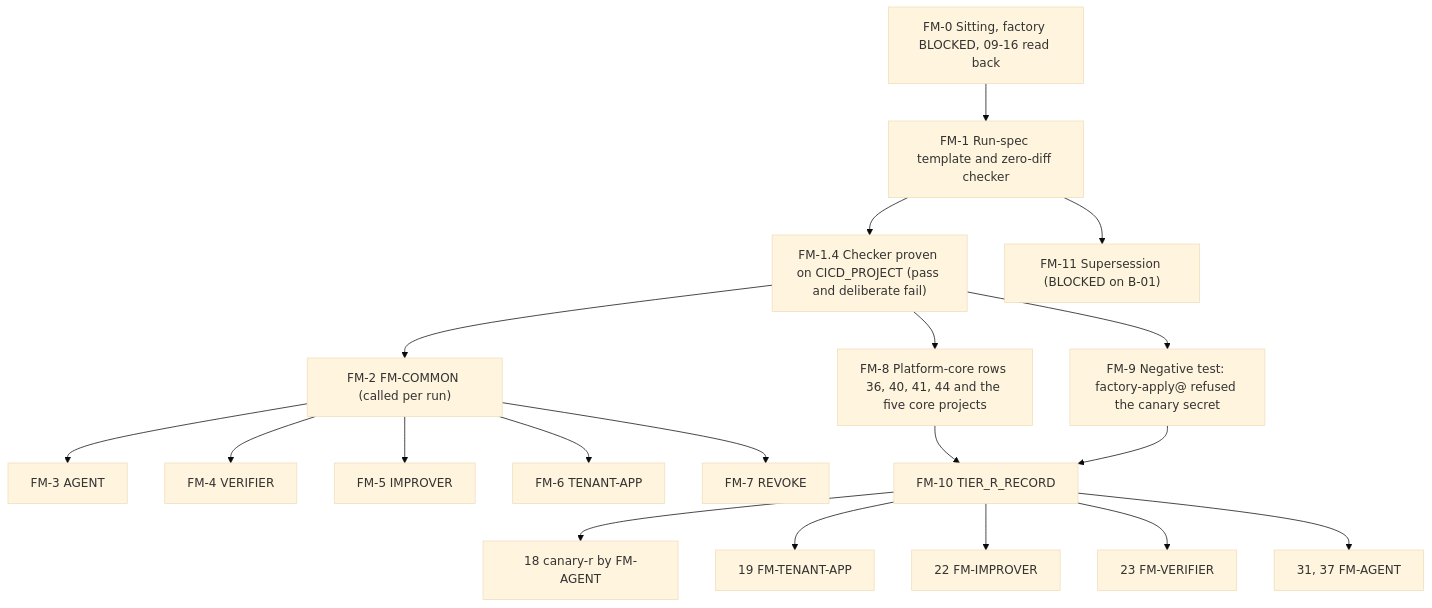
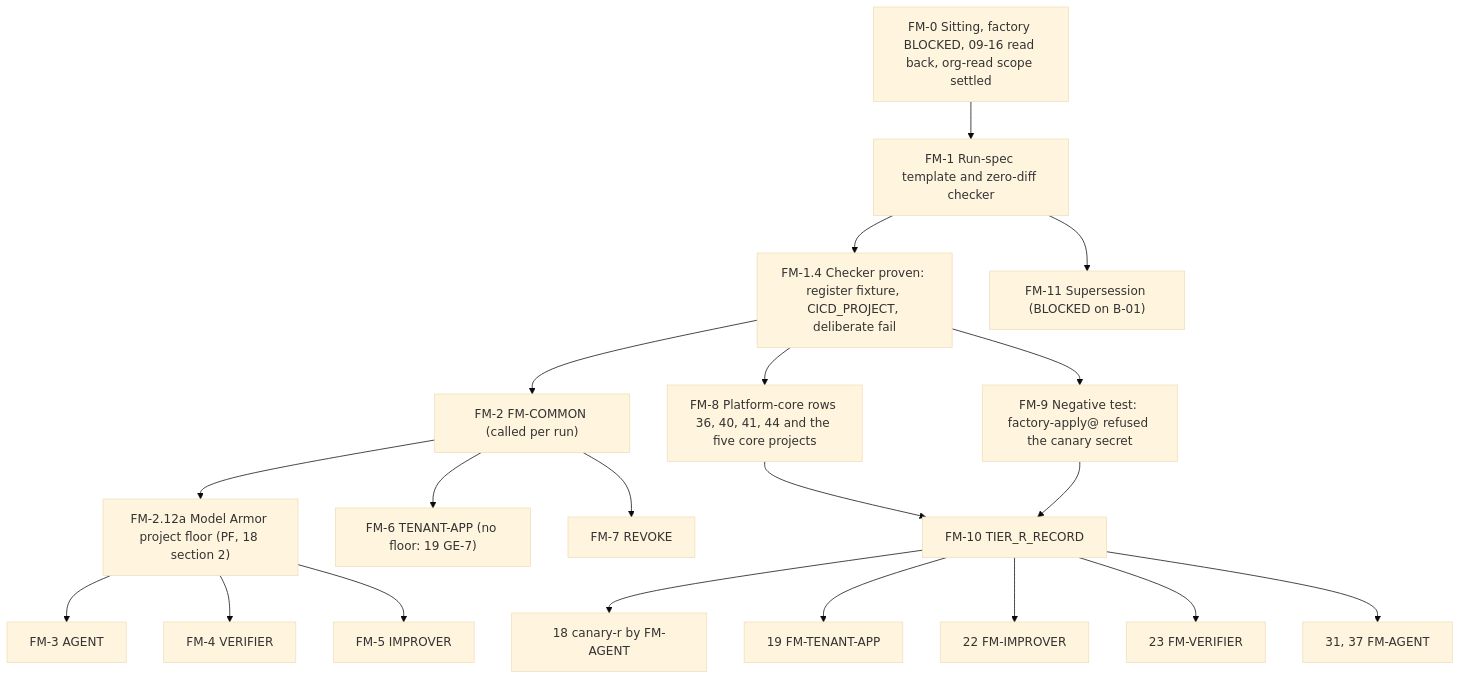
Before and after one commit to jsbdfgidsfg/agentic-platform: the diagram in platform/agentic-platform/setup/17-factory-module-equivalents-and-tier-r-gate.md, drawn with Mermaid (base theme). The commit also changed other lines of this file and 41 other files, not shown here.

````diff
--- a/platform/agentic-platform/setup/17-factory-module-equivalents-and-tier-r-gate.md
+++ b/platform/agentic-platform/setup/17-factory-module-equivalents-and-tier-r-gate.md
@@ -53,21 +53,22 @@
 ```mermaid
 flowchart TD
-  A["FM-0 Sitting, factory BLOCKED, 09-16 read back"] --> B["FM-1 Run-spec template and zero-diff checker"]
-  B --> C["FM-1.4 Checker proven on CICD_PROJECT (pass and deliberate fail)"]
+  A["FM-0 Sitting, factory BLOCKED, 09-16 read back, org-read scope settled"] --> B["FM-1 Run-spec template and zero-diff checker"]
+  B --> C["FM-1.4 Checker proven: register fixture, CICD_PROJECT, deliberate fail"]
   C --> D["FM-2 FM-COMMON (called per run)"]
-  D --> E["FM-3 AGENT"]
-  D --> F["FM-4 VERIFIER"]
-  D --> G["FM-5 IMPROVER"]
-  D --> H["FM-6 TENANT-APP"]
+  D --> D2["FM-2.12a Model Armor project floor (PF, 18 section 2)"]
+  D2 --> E["FM-3 AGENT"]
+  D2 --> F["FM-4 VERIFIER"]
+  D2 --> G["FM-5 IMPROVER"]
+  D --> H["FM-6 TENANT-APP (no floor: 19 GE-7)"]
   D --> I["FM-7 REVOKE"]
   C --> J["FM-8 Platform-core rows 36, 40, 41, 44 and the five core projects"]
   C --> K["FM-9 Negative test: factory-apply@ refused the canary secret"]
   J --> L["FM-10 TIER_R_RECORD"]
   K --> L
   L --> M["18 canary-r by FM-AGENT"]
   L --> N["19 FM-TENANT-APP"]
   L --> O["22 FM-IMPROVER"]
   L --> P["23 FM-VERIFIER"]
   L --> Q["31, 37 FM-AGENT"]
   B --> R["FM-11 Supersession (BLOCKED on B-01)"]
 ```
````
